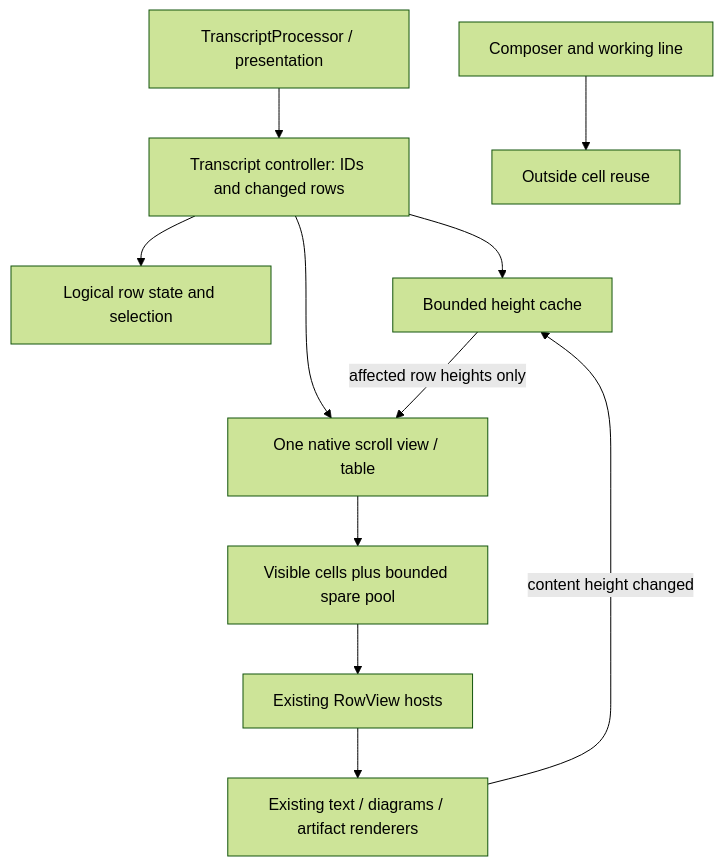
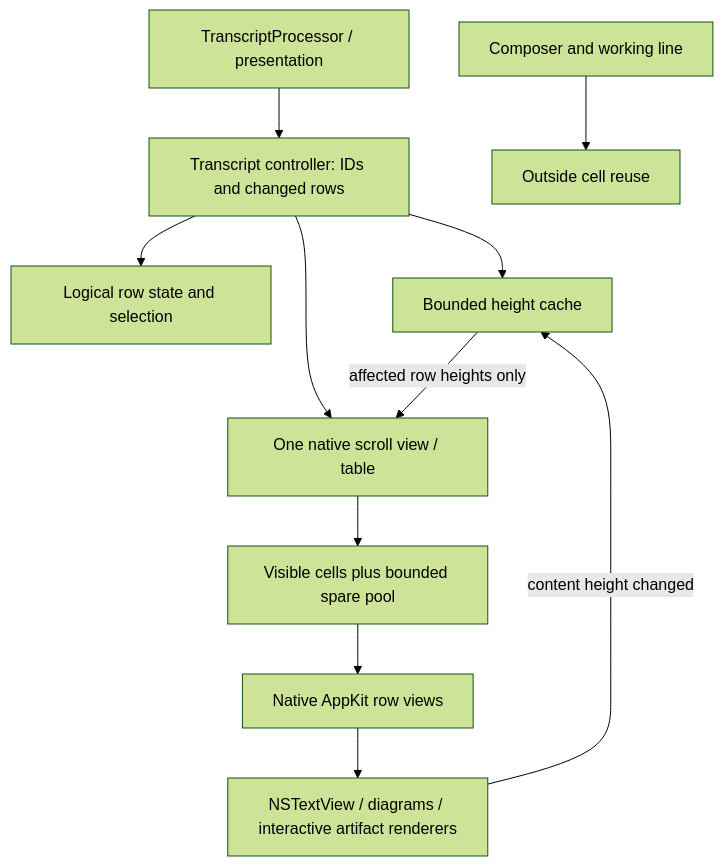
One commit to babariviere/pilot changed the diagram in docs/reused-cell-transcript.md. Above: the diagram before and after it, drawn with Mermaid (forest theme). The commit also changed other lines of this file and 12 other files, not shown here.

````diff
--- a/docs/reused-cell-transcript.md
+++ b/docs/reused-cell-transcript.md
@@ -75,13 +78,13 @@
 ```mermaid
 flowchart TD
     P[TranscriptProcessor / presentation] --> C[Transcript controller: IDs and changed rows]
     C --> S[Logical row state and selection]
     C --> H[Bounded height cache]
     C --> T[One native scroll view / table]
     T --> V[Visible cells plus bounded spare pool]
-    V --> R[Existing RowView hosts]
-    R --> A[Existing text / diagrams / artifact renderers]
+    V --> R[Native AppKit row views]
+    R --> A[NSTextView / diagrams / interactive artifact renderers]
     A -->|content height changed| H
     H -->|affected row heights only| T
     F[Composer and working line] --> O[Outside cell reuse]
 ```
````
